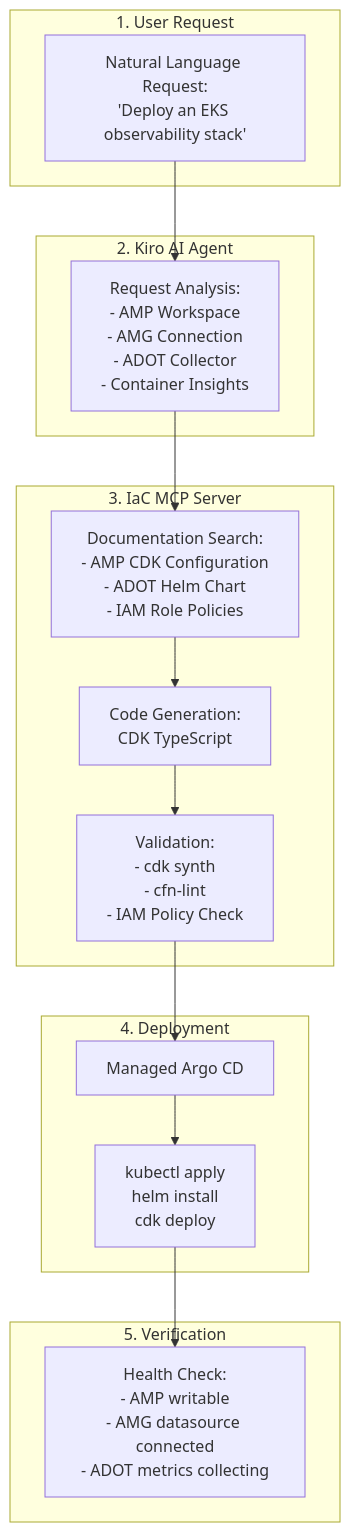
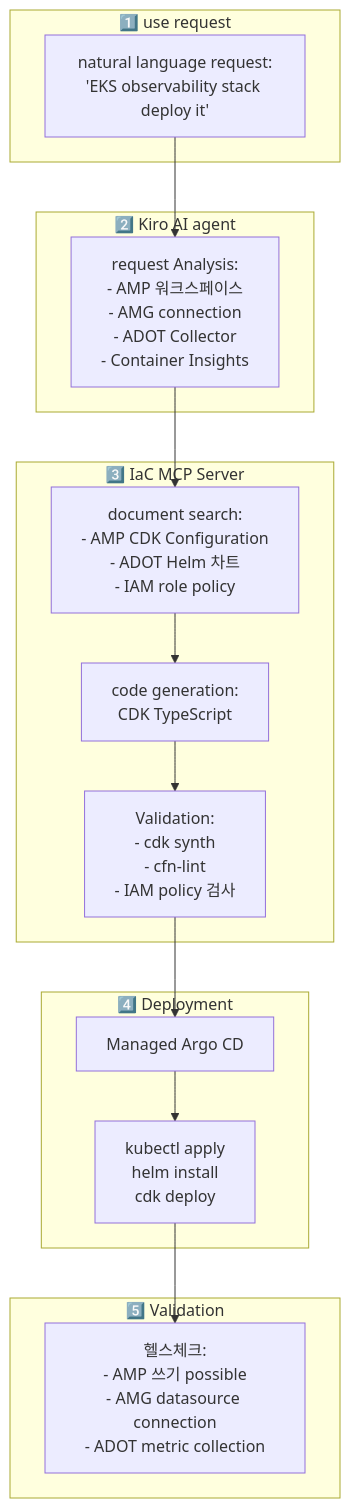
Before and after one commit to devfloor9/engineering-playbook: the sixth of 6 diagrams in i18n/en/docusaurus-plugin-content-docs/current/aidlc/agentic-ops/aiops-observability-stack.md, drawn with Mermaid. The commit also changed other lines of this file and 95 other files, not shown here.

````diff
--- a/i18n/en/docusaurus-plugin-content-docs/current/aidlc/agentic-ops/aiops-observability-stack.md
+++ b/i18n/en/docusaurus-plugin-content-docs/current/aidlc/agentic-ops/aiops-observability-stack.md
@@ -3017,33 +3016,33 @@
 ```mermaid
 graph TB
-    subgraph UserRequest["1. User Request"]
-        NL["Natural Language Request:<br/>'Deploy an EKS observability stack'"]
-    end
+ subgraph UserRequest["1️⃣ use request"]
+ NL["natural language request:<br/>'EKS observability stack deploy it'"]
+ end
 
-    subgraph Kiro["2. Kiro AI Agent"]
-        Parse["Request Analysis:<br/>- AMP Workspace<br/>- AMG Connection<br/>- ADOT Collector<br/>- Container Insights"]
-    end
+ subgraph Kiro["2️⃣ Kiro AI agent"]
+ Parse["request Analysis:<br/>- AMP 워크스페이스<br/>- AMG connection<br/>- ADOT Collector<br/>- Container Insights"]
+ end
 
-    subgraph IaCMCP["3. IaC MCP Server"]
-        DocSearch["Documentation Search:<br/>- AMP CDK Configuration<br/>- ADOT Helm Chart<br/>- IAM Role Policies"]
-        CodeGen["Code Generation:<br/>CDK TypeScript"]
-        Validate["Validation:<br/>- cdk synth<br/>- cfn-lint<br/>- IAM Policy Check"]
-    end
+ subgraph IaCMCP["3️⃣ IaC MCP Server"]
+ DocSearch["document search:<br/>- AMP CDK Configuration<br/>- ADOT Helm 차트<br/>- IAM role policy"]
+ CodeGen["code generation:<br/>CDK TypeScript"]
+ Validate["Validation:<br/>- cdk synth<br/>- cfn-lint<br/>- IAM policy 검사"]
+ end
 
-    subgraph Deploy["4. Deployment"]
-        GitOps["Managed Argo CD"]
-        Apply["kubectl apply<br/>helm install<br/>cdk deploy"]
-    end
+ subgraph Deploy["4️⃣ Deployment"]
+ GitOps["Managed Argo CD"]
+ Apply["kubectl apply<br/>helm install<br/>cdk deploy"]
+ end
 
-    subgraph Verify["5. Verification"]
-        Health["Health Check:<br/>- AMP writable<br/>- AMG datasource connected<br/>- ADOT metrics collecting"]
-    end
+ subgraph Verify["5️⃣ Validation"]
+ Health["헬스체크:<br/>- AMP 쓰기 possible<br/>- AMG datasource connection<br/>- ADOT metric collection"]
+ end
 
-    NL --> Parse
-    Parse --> DocSearch
-    DocSearch --> CodeGen
-    CodeGen --> Validate
-    Validate --> GitOps
-    GitOps --> Apply
-    Apply --> Health
+ NL --> Parse
+ Parse --> DocSearch
+ DocSearch --> CodeGen
+ CodeGen --> Validate
+ Validate --> GitOps
+ GitOps --> Apply
+ Apply --> Health
 ```
````
